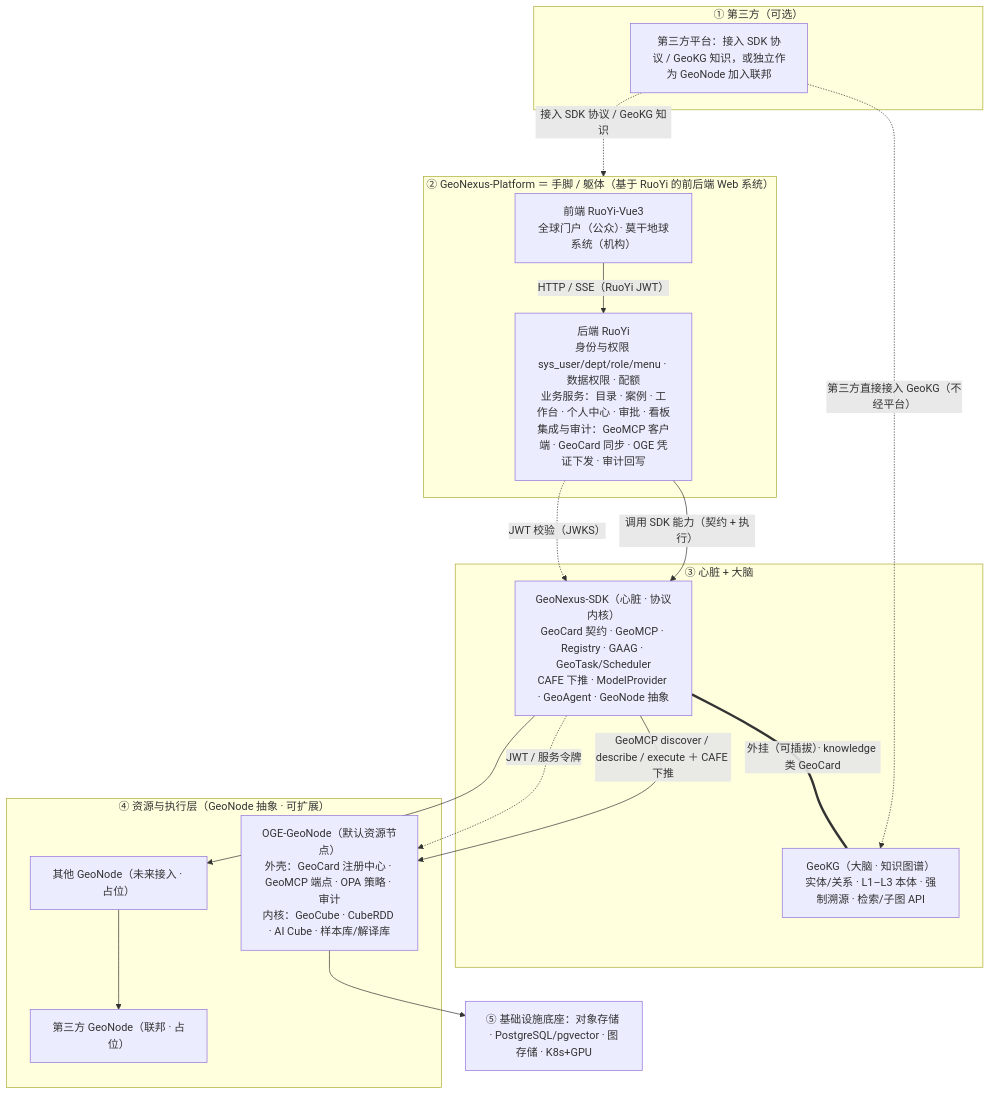
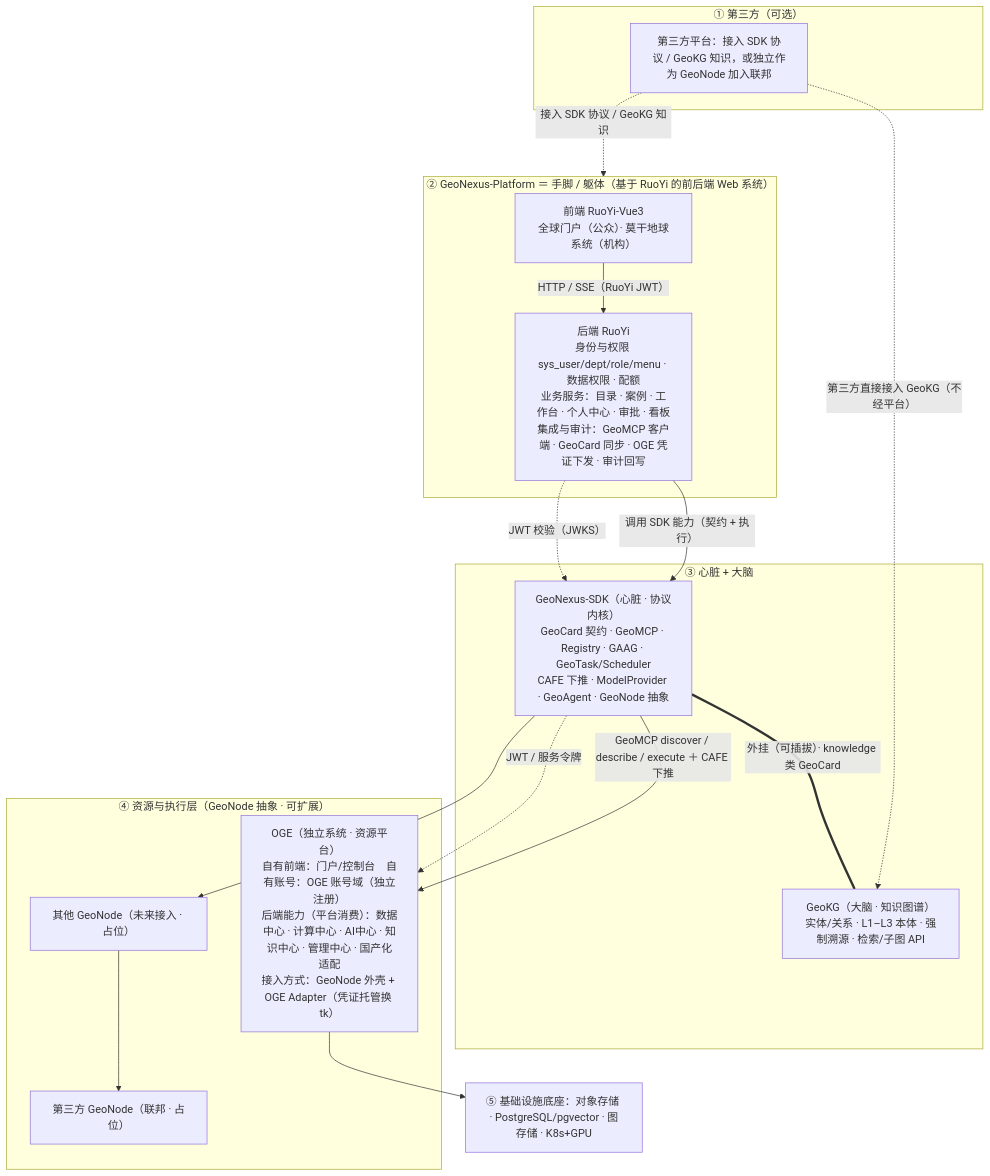
Before and after one commit to muyang/GeoNexus-Platform: the diagram in docs/platform-architecture.md, drawn with Mermaid. The commit also changed other lines of this file and 3 other files, not shown here.

````diff
--- a/docs/platform-architecture.md
+++ b/docs/platform-architecture.md
@@ -29,36 +29,36 @@
 ```mermaid
 graph TB
     subgraph Third["① 第三方（可选）"]
         T1["第三方平台：接入 SDK 协议 / GeoKG 知识，或独立作为 GeoNode 加入联邦"]
     end
 
     subgraph Plat["② GeoNexus-Platform ＝ 手脚 / 躯体（基于 RuoYi 的前后端 Web 系统）"]
         FE["前端 RuoYi-Vue3<br/>全球门户（公众）· 莫干地球系统（机构）"]
         BE["后端 RuoYi<br/>身份与权限 sys_user/dept/role/menu · 数据权限 · 配额<br/>业务服务：目录 · 案例 · 工作台 · 个人中心 · 审批 · 看板<br/>集成与审计：GeoMCP 客户端 · GeoCard 同步 · OGE 凭证下发 · 审计回写"]
         FE -->|"HTTP / SSE（RuoYi JWT）"| BE
     end
 
     subgraph Core["③ 心脏 + 大脑"]
         SDK["GeoNexus-SDK（心脏 · 协议内核）<br/>GeoCard 契约 · GeoMCP · Registry · GAAG · GeoTask/Scheduler<br/>CAFE 下推 · ModelProvider · GeoAgent · GeoNode 抽象"]
         KG["GeoKG（大脑 · 知识图谱）<br/>实体/关系 · L1–L3 本体 · 强制溯源 · 检索/子图 API"]
     end
 
     subgraph Res["④ 资源与执行层（GeoNode 抽象 · 可扩展）"]
-        OGE["OGE-GeoNode（默认资源节点）<br/>外壳：GeoCard 注册中心 · GeoMCP 端点 · OPA 策略 · 审计<br/>内核：GeoCube · CubeRDD · AI Cube · 样本库/解译库"]
+        OGE["OGE（独立系统 · 资源平台）<br/>自有前端：门户/控制台　自有账号：OGE 账号域（独立注册）<br/>后端能力（平台消费）：数据中心 · 计算中心 · AI中心 · 知识中心 · 管理中心 · 国产化适配<br/>接入方式：GeoNode 外壳 + OGE Adapter（凭证托管换 tk）"]
         N2["其他 GeoNode（未来接入 · 占位）"]
         N3["第三方 GeoNode（联邦 · 占位）"]
     end
 
     INFRA["⑤ 基础设施底座：对象存储 · PostgreSQL/pgvector · 图存储 · K8s+GPU"]
 
     T1 -.->|"接入 SDK 协议 / GeoKG 知识"| Plat
     T1 -.->|"第三方直接接入 GeoKG（不经平台）"| KG
     BE -->|"调用 SDK 能力（契约 + 执行）"| SDK
     BE -.->|"JWT 校验（JWKS）"| SDK
     SDK == "外挂（可插拔）· knowledge 类 GeoCard" === KG
     SDK -->|"GeoMCP discover / describe / execute ＋ CAFE 下推"| OGE
     SDK -.->|"JWT / 服务令牌"| OGE
     SDK --> N2
     N2 --> N3
     OGE --> INFRA
 ```
````
